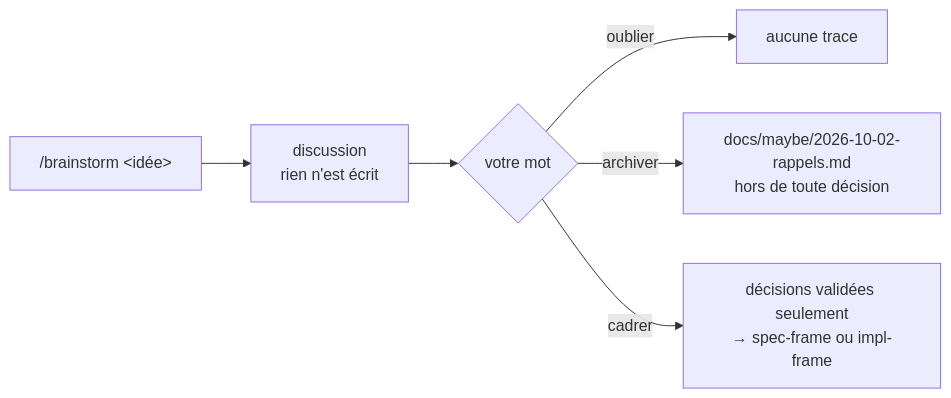
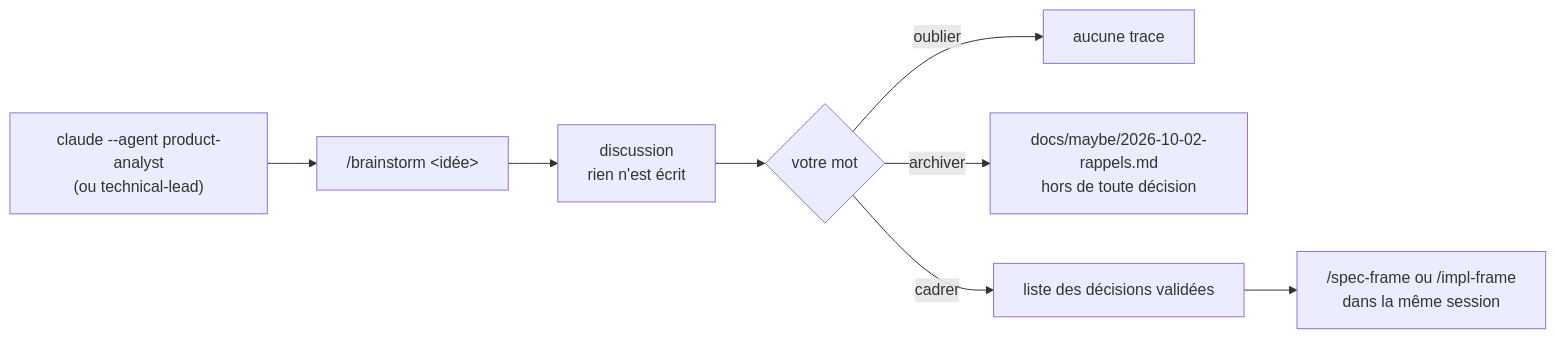
Before and after one commit to peugene/delivery-method: the second of 6 diagrams in docs/guide.md, drawn with Mermaid. The commit also changed other lines of this file, not shown here.

First line of the commit message:
Say in the guide where to brainstorm an idea that will be framed

````diff
--- a/docs/guide.md
+++ b/docs/guide.md
@@ -66,8 +74,10 @@
 ```mermaid
 flowchart LR
-    A["/brainstorm &lt;idée&gt;"] --> B[discussion<br/>rien n'est écrit]
+    S["claude --agent product-analyst<br/>(ou technical-lead)"] --> A["/brainstorm &lt;idée&gt;"]
+    A --> B[discussion<br/>rien n'est écrit]
     B --> C{votre mot}
     C -- oublier --> D[aucune trace]
     C -- archiver --> E["docs/maybe/2026-10-02-rappels.md<br/>hors de toute décision"]
-    C -- cadrer --> F["décisions validées seulement<br/>→ spec-frame ou impl-frame"]
+    C -- cadrer --> F["liste des décisions validées"]
+    F --> G["/spec-frame ou /impl-frame<br/>dans la même session"]
 ```
````
